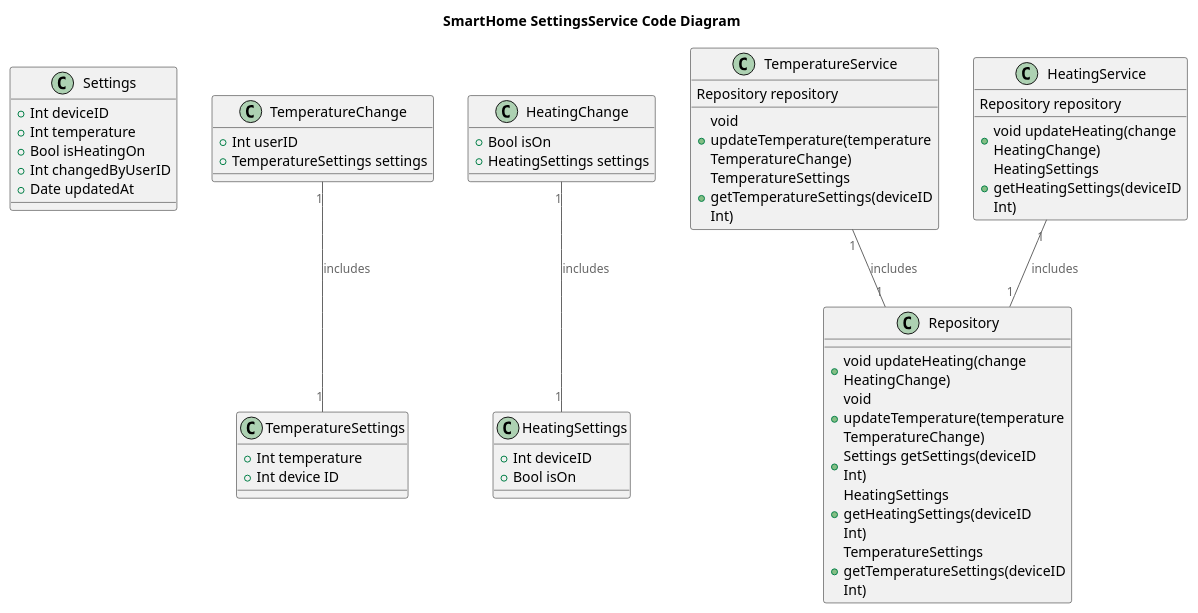
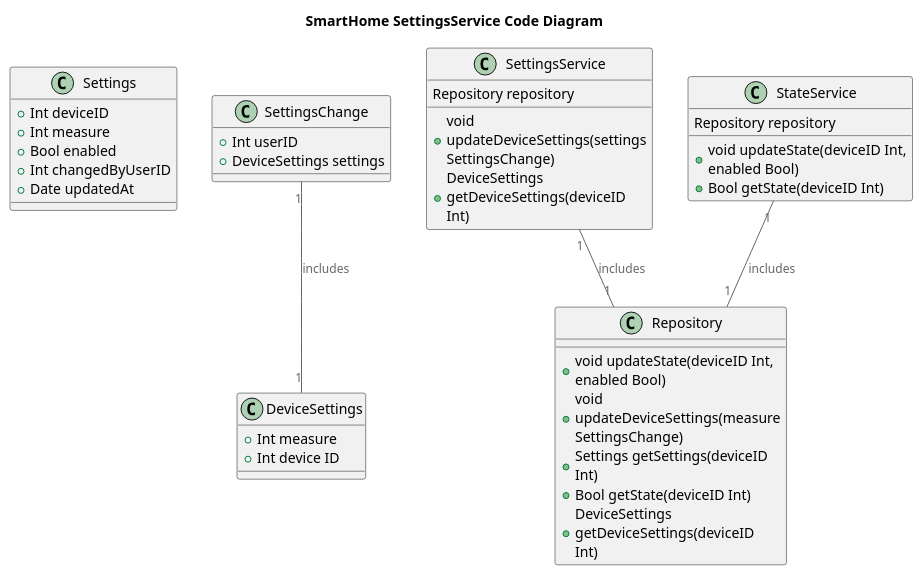
One commit to etloreq/yandex-practicum-arch-tasks changed the diagram in sprint3/SmartHome_Code_SettingsService.puml. Above: the diagram before and after it, drawn with PlantUML. The commit also changed 15 other files, not shown here.

```diff
--- a/sprint3/SmartHome_Code_SettingsService.puml
+++ b/sprint3/SmartHome_Code_SettingsService.puml
@@ -1,62 +1,51 @@
 @startuml
 title SmartHome SettingsService Code Diagram
 
 top to bottom direction
 
 !include C4_Component.puml
 
 class Settings {
     +Int deviceID
-    +Int temperature
-    +Bool isHeatingOn
+    +Int measure
+    +Bool enabled
     +Int changedByUserID
     +Date updatedAt
 }
 
-class TemperatureChange {
+class SettingsChange {
     +Int userID
-    +TemperatureSettings settings
+    +DeviceSettings settings
 }
 
-class HeatingChange {
-    +Bool isOn
-    +HeatingSettings settings
-}
-
-class HeatingSettings {
-   +Int deviceID
-   +Bool isOn
-}
-
-class TemperatureSettings {
-    +Int temperature
+class DeviceSettings {
+    +Int measure
     +Int device ID
 }
 
-class TemperatureService {
+class SettingsService {
     Repository repository
-    +void updateTemperature(temperature TemperatureChange)
-    +TemperatureSettings getTemperatureSettings(deviceID Int)
+    +void updateDeviceSettings(settings SettingsChange)
+    +DeviceSettings getDeviceSettings(deviceID Int)
 }
 
-class HeatingService {
+class StateService {
     Repository repository
-    +void updateHeating(change HeatingChange)
-    +HeatingSettings getHeatingSettings(deviceID Int)
+    +void updateState(deviceID Int, enabled Bool)
+    +Bool getState(deviceID Int)
 }
 
 class Repository {
-    +void updateHeating(change HeatingChange)
-    +void updateTemperature(temperature TemperatureChange)
+    +void updateState(deviceID Int, enabled Bool)
+    +void updateDeviceSettings(measure SettingsChange)
     +Settings getSettings(deviceID Int)
-    +HeatingSettings getHeatingSettings(deviceID Int)
-    +TemperatureSettings getTemperatureSettings(deviceID Int)
+    +Bool getState(deviceID Int)
+    +DeviceSettings getDeviceSettings(deviceID Int)
 }
 
-HeatingService "1" -- "1" Repository : includes
-TemperatureService "1" -- "1" Repository : includes
-HeatingChange "1" -- "1" HeatingSettings : includes
-TemperatureChange "1" -- "1" TemperatureSettings : includes
+StateService "1" -- "1" Repository : includes
+SettingsService "1" -- "1" Repository : includes
+SettingsChange "1" -- "1" DeviceSettings : includes
 
 
 @enduml
```
